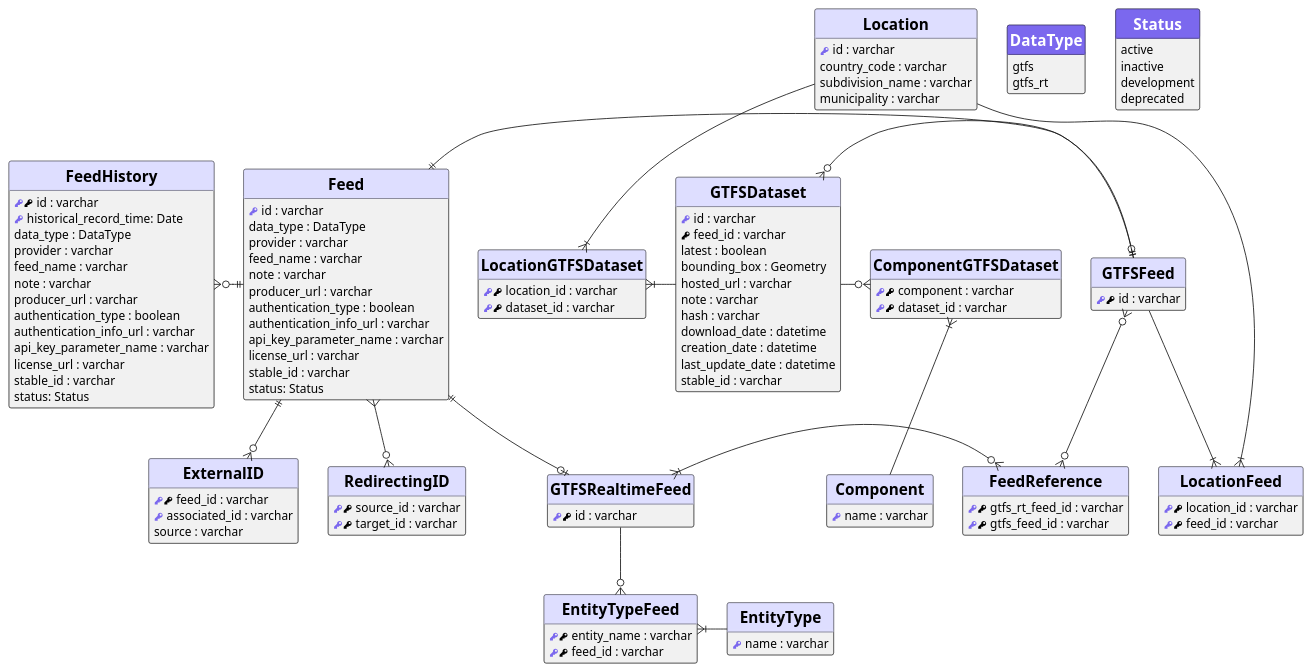
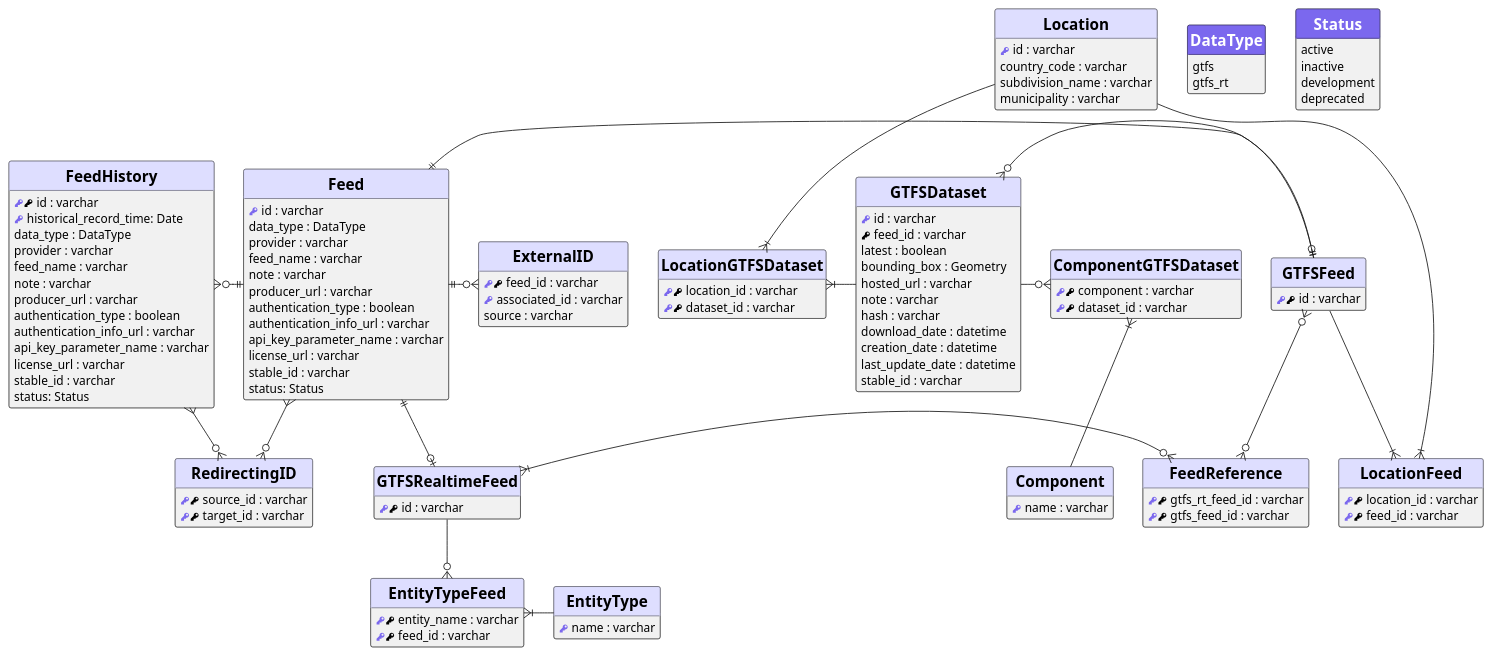
Before and after one commit to MobilityData/mobility-feed-api: the diagram in docs/database/database_schema.pu, drawn with PlantUML.

Commit message:
fix: changed redirecting id relationship

```diff
--- a/docs/database/database_schema.pu
+++ b/docs/database/database_schema.pu
@@ -1,149 +1,150 @@
 @startuml
     hide stereotype
     hide circle
     hide empty members
 
     skinparam defaultFontName Heiti TC
     skinparam HeaderFontColor #96A1FF
     skinparam classFontColor automatic
 
     skinparam class {
         HeaderBackgroundColor<<enum>> MediumSlateBlue
         HeaderBackgroundColor<<entity>> #dedeff
         roundCorner 25
     }
 
     enum =DataType <<enum>> {
     gtfs
     gtfs_rt
     }
 
     enum =Status <<enum>> {
     active
     inactive
     development
     deprecated
     }
 
     entity =Feed <<entity>> {
     <color:MediumSlateBlue><&key></color> id : varchar
       data_type : DataType
       provider : varchar
       feed_name : varchar
       note : varchar
       producer_url : varchar
       authentication_type : boolean
       authentication_info_url : varchar
       api_key_parameter_name : varchar
       license_url : varchar
       stable_id : varchar
       status: Status
       }
 
     entity =FeedHistory <<entity>> {
     <color:MediumSlateBlue><&key></color><&key> id : varchar
     <color:MediumSlateBlue><&key></color> historical_record_time: Date
       data_type : DataType
       provider : varchar
       feed_name : varchar
       note : varchar
       producer_url : varchar
       authentication_type : boolean
       authentication_info_url : varchar
       api_key_parameter_name : varchar
       license_url : varchar
       stable_id : varchar
       status: Status
       }
 
 
     entity =GTFSRealtimeFeed <<entity>> {
     <color:MediumSlateBlue><&key></color><&key> id : varchar
     }
 
     entity =EntityType <<entity>> {
     <color:MediumSlateBlue><&key></color> name : varchar
     }
 
     entity =EntityTypeFeed <<entity>> {
     <color:MediumSlateBlue><&key></color><&key> entity_name : varchar
     <color:MediumSlateBlue><&key></color><&key> feed_id : varchar
       }
 
     entity =GTFSFeed <<entity>> {
     <color:MediumSlateBlue><&key></color><&key> id : varchar
       }
 
     entity =FeedReference <<entity>> {
     <color:MediumSlateBlue><&key></color><&key> gtfs_rt_feed_id : varchar
     <color:MediumSlateBlue><&key></color><&key> gtfs_feed_id : varchar
       }
 
     entity =Location <<entity>> {
     <color:MediumSlateBlue><&key></color> id : varchar
       country_code : varchar
       subdivision_name : varchar
       municipality : varchar
       }
 
     entity =LocationFeed <<entity>> {
     <color:MediumSlateBlue><&key></color><&key> location_id : varchar
     <color:MediumSlateBlue><&key></color><&key> feed_id : varchar
       }
 
     entity =ExternalID <<entity>> {
     <color:MediumSlateBlue><&key></color><&key> feed_id : varchar
     <color:MediumSlateBlue><&key></color> associated_id : varchar
       source : varchar
       }
 
     entity =GTFSDataset <<entity>> {
     <color:MediumSlateBlue><&key></color> id : varchar
     <&key> feed_id : varchar
       latest : boolean
       bounding_box : Geometry
       hosted_url : varchar
       note : varchar
       hash : varchar
       download_date : datetime
       creation_date : datetime
       last_update_date : datetime
       stable_id : varchar
       }
 
     entity =LocationGTFSDataset <<entity>> {
     <color:MediumSlateBlue><&key></color><&key> location_id : varchar
     <color:MediumSlateBlue><&key></color><&key> dataset_id : varchar
       }
 
     entity =Component <<entity>> {
     <color:MediumSlateBlue><&key></color> name : varchar
       }
 
     entity =ComponentGTFSDataset <<entity>> {
     <color:MediumSlateBlue><&key></color><&key> component : varchar
     <color:MediumSlateBlue><&key></color><&key> dataset_id : varchar
       }
 
       entity =RedirectingID <<entity>> {
     <color:MediumSlateBlue><&key></color><&key> source_id : varchar
     <color:MediumSlateBlue><&key></color><&key> target_id : varchar
       }
 
      "=Feed" ||-left-o{ "=FeedHistory"
      "=Feed" ||--o| "=GTFSRealtimeFeed"
      "=Feed" ||-right-o| "=GTFSFeed"
+     "=FeedHistory" }--o{ "=RedirectingID"
      "=Feed" }--o{ "=RedirectingID"
-     "=Feed" ||--o{ "=ExternalID"
+     "=Feed" ||-right-o{ "=ExternalID"
      "=GTFSRealtimeFeed" --o{ "=EntityTypeFeed"
      "=EntityType" -left-|{ "=EntityTypeFeed"
      "=GTFSRealtimeFeed" }|-right-o{ "=FeedReference"
      "=GTFSFeed" }o--o{ "=FeedReference"
      "=GTFSFeed" --|{ "=LocationFeed"
      "=Location" --|{ "=LocationFeed"
      "=Location" --|{ "=LocationGTFSDataset"
      "=GTFSDataset" -left-|{ "=LocationGTFSDataset"
      "=GTFSFeed" ||-left-o{ "=GTFSDataset"
      "=ComponentGTFSDataset" }o-left- "=GTFSDataset"
      "=ComponentGTFSDataset" }|-- "=Component"
 @enduml
```
